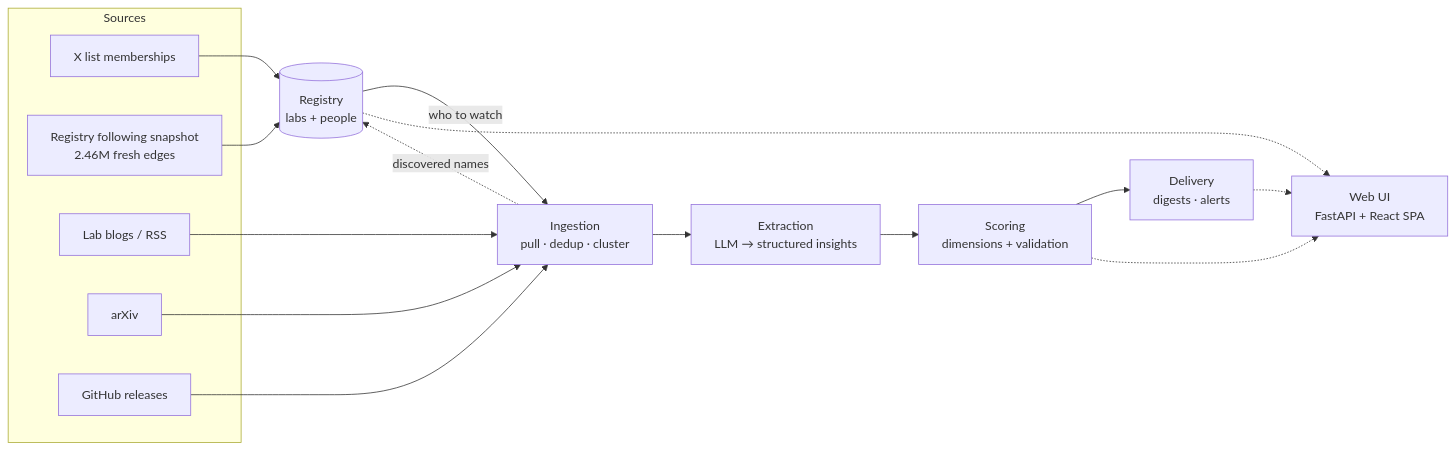
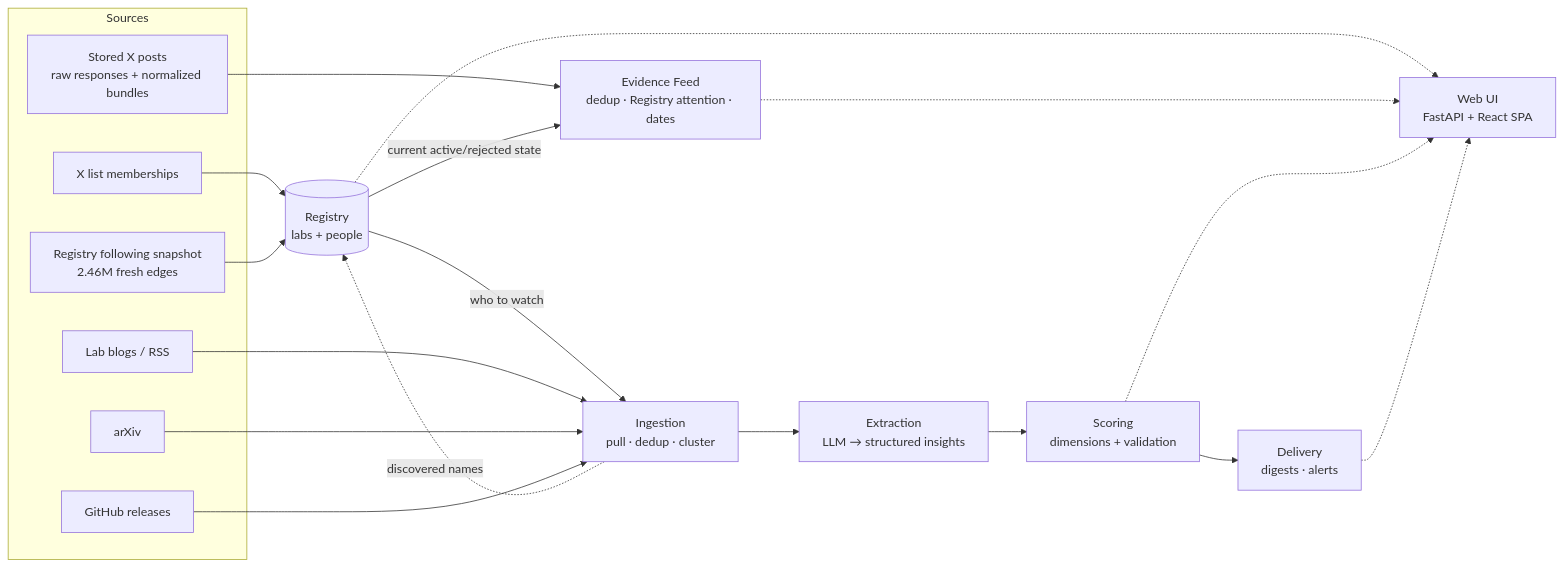
Before and after one commit to AdithyanI/frontier-lab-intelligence: the first of 5 diagrams in docs/architecture/overview.md, drawn with Mermaid. The commit also changed other lines of this file and 19 other files, not shown here.

````diff
--- a/docs/architecture/overview.md
+++ b/docs/architecture/overview.md
@@ -121,29 +146,34 @@
 ```mermaid
 flowchart LR
     subgraph sources [Sources]
         XLISTS[X list memberships]
         XFOLLOW[Registry following snapshot<br/>2.46M fresh edges]
+        XPOSTS[Stored X posts<br/>raw responses + normalized bundles]
         BLOGS[Lab blogs / RSS]
         ARXIV[arXiv]
         GH[GitHub releases]
     end
 
     REG[(Registry<br/>labs + people)]
     ING[Ingestion<br/>pull · dedup · cluster]
     EXT[Extraction<br/>LLM → structured insights]
     SCO[Scoring<br/>dimensions + validation]
     DEL[Delivery<br/>digests · alerts]
     UI[Web UI<br/>FastAPI + React SPA]
+    FEED[Evidence Feed<br/>dedup · Registry attention · dates]
 
     XLISTS --> REG
     XFOLLOW --> REG
+    XPOSTS --> FEED
+    REG -->|current active/rejected state| FEED
     REG -->|who to watch| ING
     BLOGS & ARXIV & GH --> ING
     ING --> EXT
     EXT --> SCO
     SCO --> DEL
     REG -.-> UI
+    FEED -.-> UI
     SCO -.-> UI
     DEL -.-> UI
     ING -.->|discovered names| REG
 ```
````
